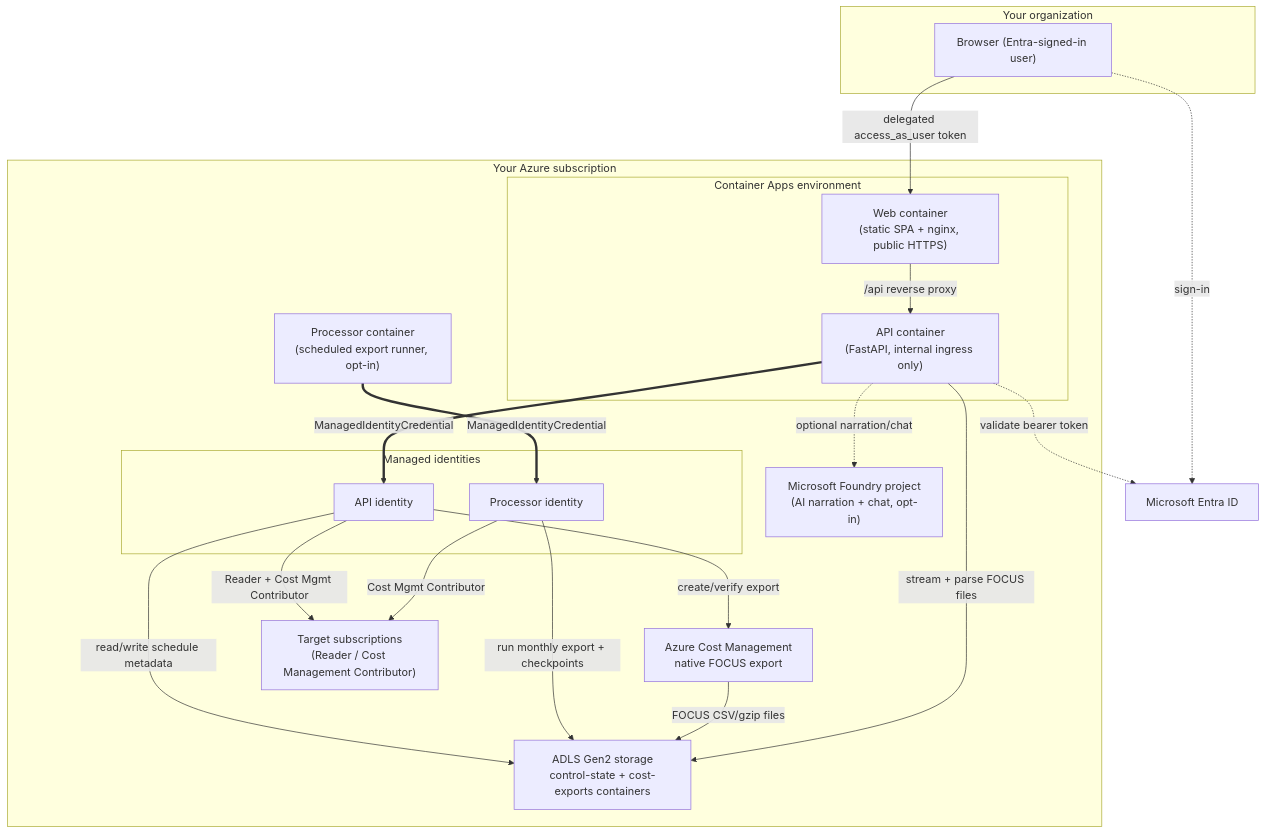
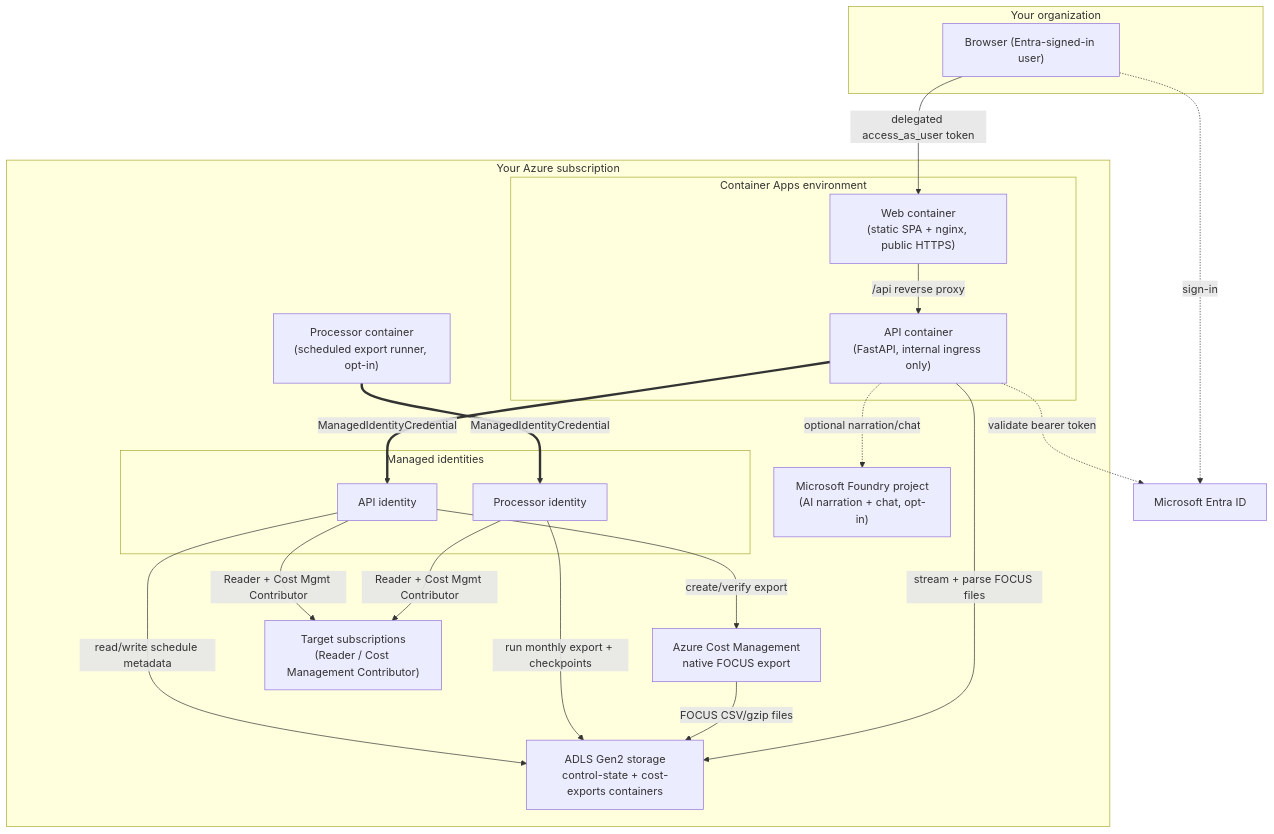
One commit to Saby007/MeghKoshaAI changed the diagram in README.md. Above: the diagram before and after it, drawn with Mermaid. The commit also changed other lines of this file and 2 other files, not shown here.

First line of the commit message:
Grant the processor identity Reader on assessed subscriptions

````diff
--- a/README.md
+++ b/README.md
@@ -31,41 +31,41 @@
 ```mermaid
 flowchart TB
     subgraph User["Your organization"]
         Browser["Browser (Entra-signed-in user)"]
     end
 
     subgraph Azure["Your Azure subscription"]
         subgraph CAE["Container Apps environment"]
             Web["Web container<br/>(static SPA + nginx, public HTTPS)"]
             API["API container<br/>(FastAPI, internal ingress only)"]
         end
         Processor["Processor container<br/>(scheduled export runner, opt-in)"]
 
         subgraph Identities["Managed identities"]
             ApiMI["API identity"]
             ProcMI["Processor identity"]
         end
 
         ADLS["ADLS Gen2 storage<br/>control-state + cost-exports containers"]
         CM["Azure Cost Management<br/>native FOCUS export"]
         Foundry["Microsoft Foundry project<br/>(AI narration + chat, opt-in)"]
         Targets["Target subscriptions<br/>(Reader / Cost Management Contributor)"]
     end
 
     Entra["Microsoft Entra ID"]
 
     Browser -- "delegated access_as_user token" --> Web
     Web -- "/api reverse proxy" --> API
     Browser -. "sign-in" .-> Entra
     API -. "validate bearer token" .-> Entra
     API == "ManagedIdentityCredential" ==> ApiMI
     ApiMI -- "Reader + Cost Mgmt Contributor" --> Targets
     ApiMI -- "read/write schedule metadata" --> ADLS
     ApiMI -- "create/verify export" --> CM
     Processor == "ManagedIdentityCredential" ==> ProcMI
-    ProcMI -- "Cost Mgmt Contributor" --> Targets
+    ProcMI -- "Reader + Cost Mgmt Contributor" --> Targets
     ProcMI -- "run monthly export + checkpoints" --> ADLS
     CM -- "FOCUS CSV/gzip files" --> ADLS
     API -- "stream + parse FOCUS files" --> ADLS
     API -. "optional narration/chat" .-> Foundry
 ```
````
